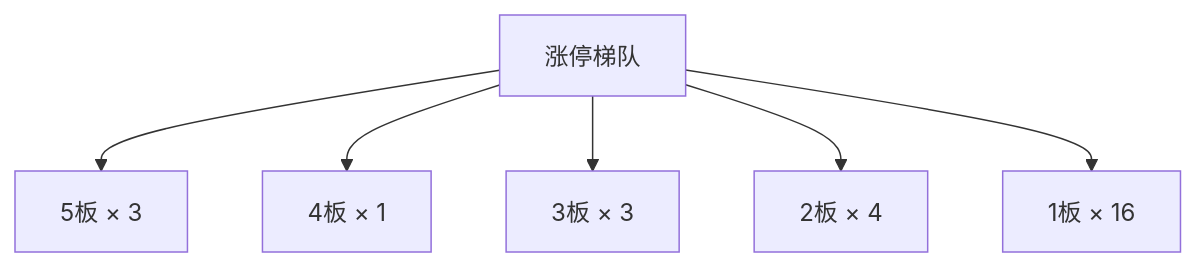
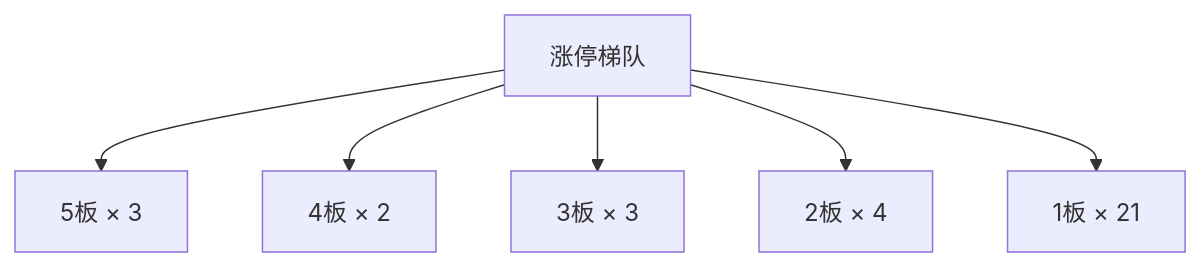
Before and after one commit to chenyang1999/chzl-kg: the second of 3 diagrams in content/投研交易/盘中分析/20261106.md, drawn with Mermaid. The commit also changed other lines of this file and 1 other file, not shown here.

````diff
--- a/content/投研交易/盘中分析/20261106.md
+++ b/content/投研交易/盘中分析/20261106.md
@@ -54,14 +67,14 @@
 ```mermaid
 flowchart TD
     B_0["5板 × 3"]
-    B_1["4板 × 1"]
+    B_1["4板 × 2"]
     B_2["3板 × 3"]
     B_3["2板 × 4"]
-    B_4["1板 × 16"]
+    B_4["1板 × 21"]
     ROOT["涨停梯队"]
     ROOT --> B_0
     ROOT --> B_1
     ROOT --> B_2
     ROOT --> B_3
     ROOT --> B_4
 ```
````
